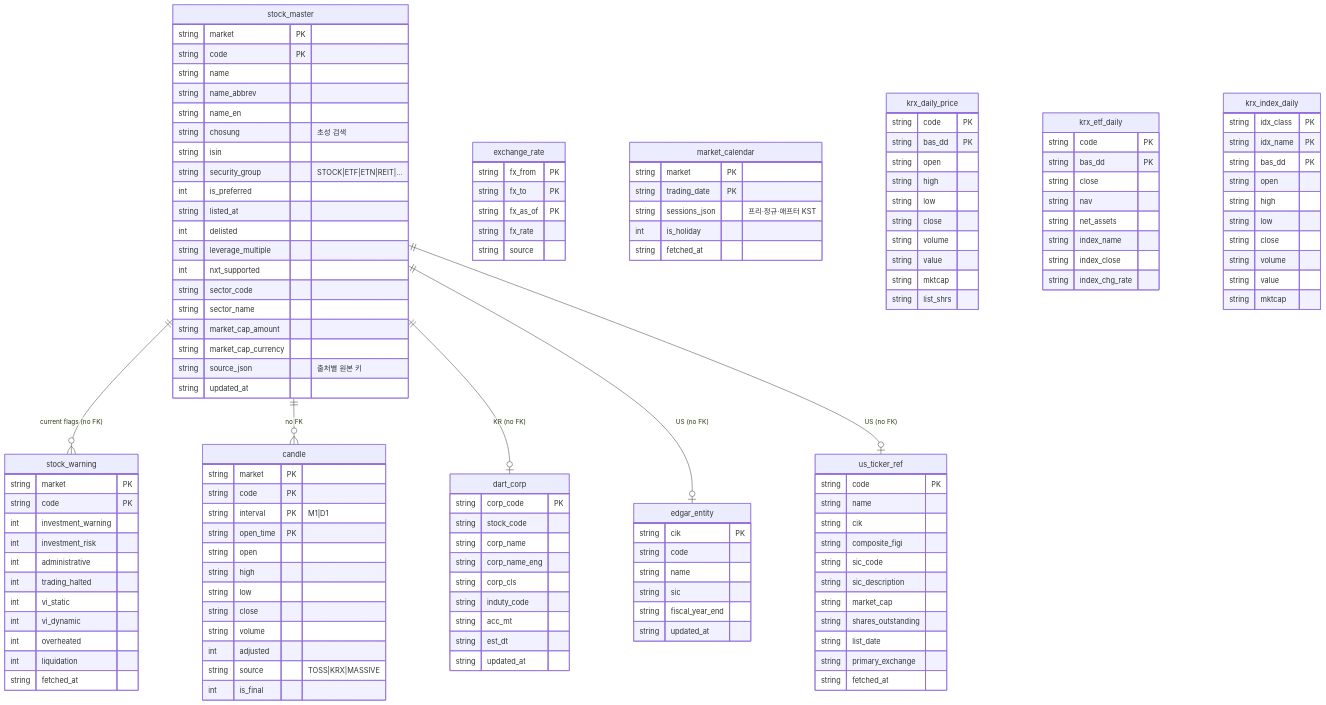
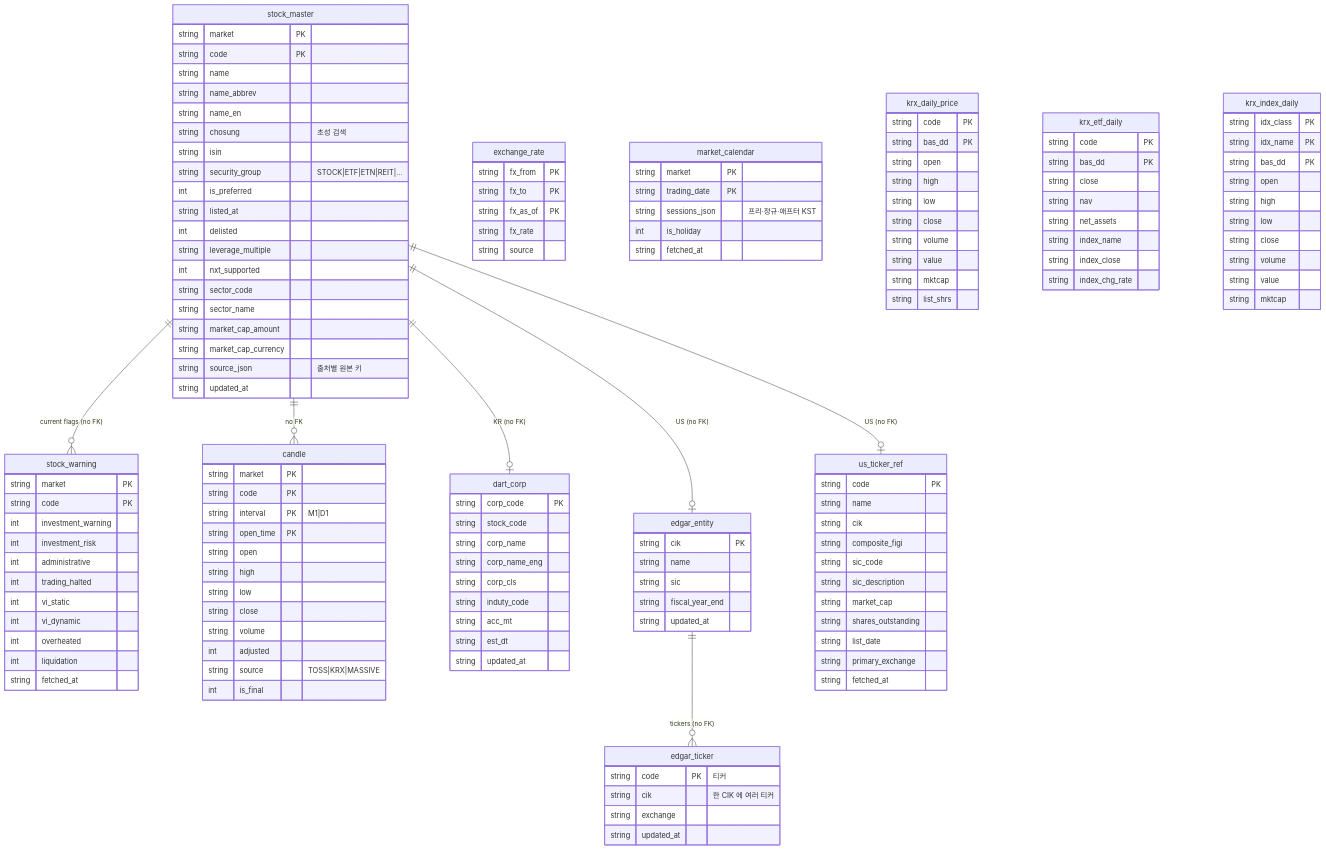
Before and after one commit to lyvius2/stockholm: the third of 8 diagrams in docs/DB_SCHEMA.md, drawn with Mermaid. The commit also changed other lines of this file and 5 other files, not shown here.

```diff
--- a/docs/DB_SCHEMA.md
+++ b/docs/DB_SCHEMA.md
@@ -305,6 +305,7 @@
   stock_master ||--o{ candle : "no FK"
   stock_master ||--o| dart_corp : "KR (no FK)"
   stock_master ||--o| edgar_entity : "US (no FK)"
+  edgar_entity ||--o{ edgar_ticker : "tickers (no FK)"
   stock_master ||--o| us_ticker_ref : "US (no FK)"
 
   stock_master {
@@ -416,10 +417,15 @@
   }
   edgar_entity {
     string cik PK
-    string code
     string name
     string sic
     string fiscal_year_end
+    string updated_at
+  }
+  edgar_ticker {
+    string code PK "티커"
+    string cik "한 CIK 에 여러 티커"
+    string exchange
     string updated_at
   }
   us_ticker_ref {
```
